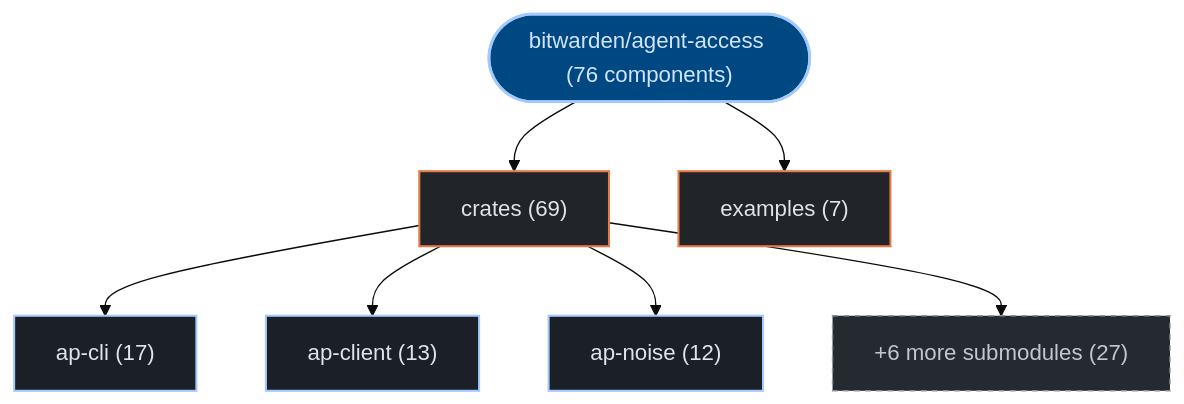
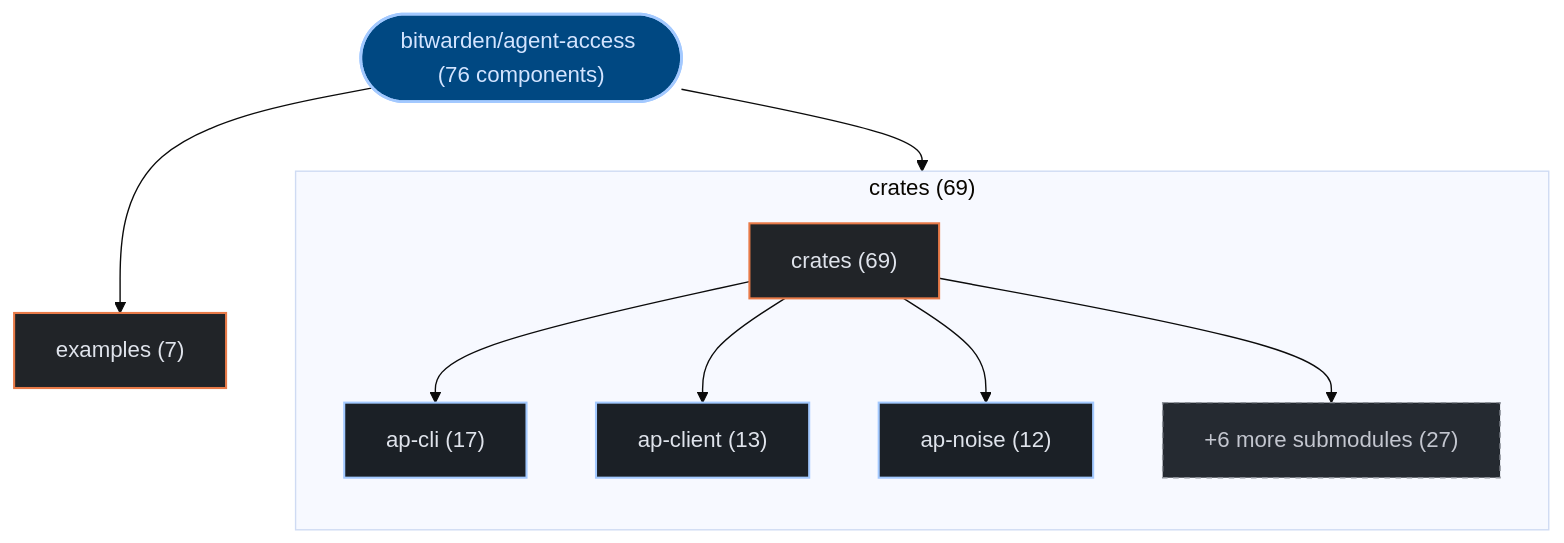
The first of 3 diagrams in exports/latest/reports/bitwarden-agent-access-report.md (kumarshaz/atruss-code-atlas), drawn with Mermaid (base theme) before and after one commit. The commit also changed 178 other files, not shown here.

Commit message:
feat(ui,mermaid): upgrade to mermaid v12 + ELK layout, add orgs-summary + pagination, subgraph building blocks, fix tab alignment

````diff
--- a/exports/latest/reports/bitwarden-agent-access-report.md
+++ b/exports/latest/reports/bitwarden-agent-access-report.md
@@ -42,23 +42,26 @@
 ```mermaid
 graph TD;
   classDef atlasRoot fill:#004882,stroke:#a3c9ff,stroke-width:2px,color:#d3e4ff
   classDef atlasCategory fill:#212428,stroke:#E87A48,stroke-width:1.5px,color:#dfe3eb
   classDef atlasWorkflow fill:#1b2026,stroke:#a3c9ff,stroke-width:1.5px,color:#dfe3eb
   classDef atlasJob fill:#171c22,stroke:#8d9199,stroke-width:1px,color:#dfe3eb
   classDef atlasTarget fill:#005227,stroke:#8bd99b,stroke-width:1.5px,color:#a7f6b6
   classDef atlasAlert fill:#93000a,stroke:#ffb4ab,stroke-width:1.5px,color:#ffdad6
   classDef atlasMore fill:#252a31,stroke:#8d9199,stroke-dasharray:4 4,color:#c3c6cf
     repo_root(["bitwarden/agent-access (76 components)"]):::atlasRoot
-    dir_0_crates["crates (69)"]:::atlasCategory
+    subgraph sg_dir_0_crates["crates (69)"]
+      direction TB
+      dir_0_crates["crates (69)"]:::atlasCategory
+      sub_0_0_ap_cli["ap-cli (17)"]:::atlasWorkflow
+      dir_0_crates --> sub_0_0_ap_cli
+      sub_0_1_ap_client["ap-client (13)"]:::atlasWorkflow
+      dir_0_crates --> sub_0_1_ap_client
+      sub_0_2_ap_noise["ap-noise (12)"]:::atlasWorkflow
+      dir_0_crates --> sub_0_2_ap_noise
+      sub_0_more["+6 more submodules (27)"]:::atlasMore
+      dir_0_crates --> sub_0_more
+    end
     repo_root --> dir_0_crates
-    sub_0_0_ap_cli["ap-cli (17)"]:::atlasWorkflow
-    dir_0_crates --> sub_0_0_ap_cli
-    sub_0_1_ap_client["ap-client (13)"]:::atlasWorkflow
-    dir_0_crates --> sub_0_1_ap_client
-    sub_0_2_ap_noise["ap-noise (12)"]:::atlasWorkflow
-    dir_0_crates --> sub_0_2_ap_noise
-    sub_0_more["+6 more submodules (27)"]:::atlasMore
-    dir_0_crates --> sub_0_more
     dir_1_examples["examples (7)"]:::atlasCategory
     repo_root --> dir_1_examples
 ```
````
